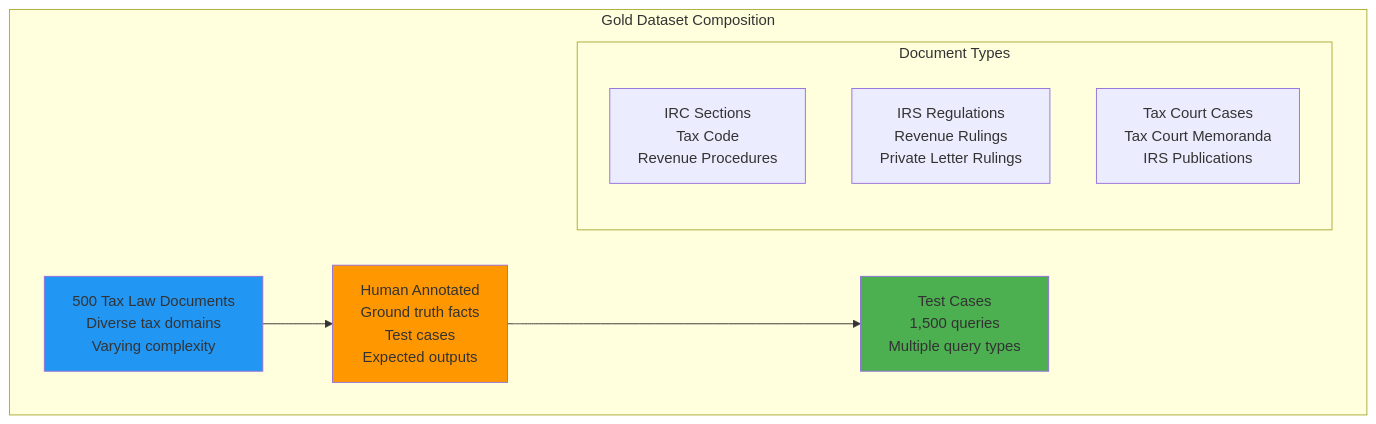
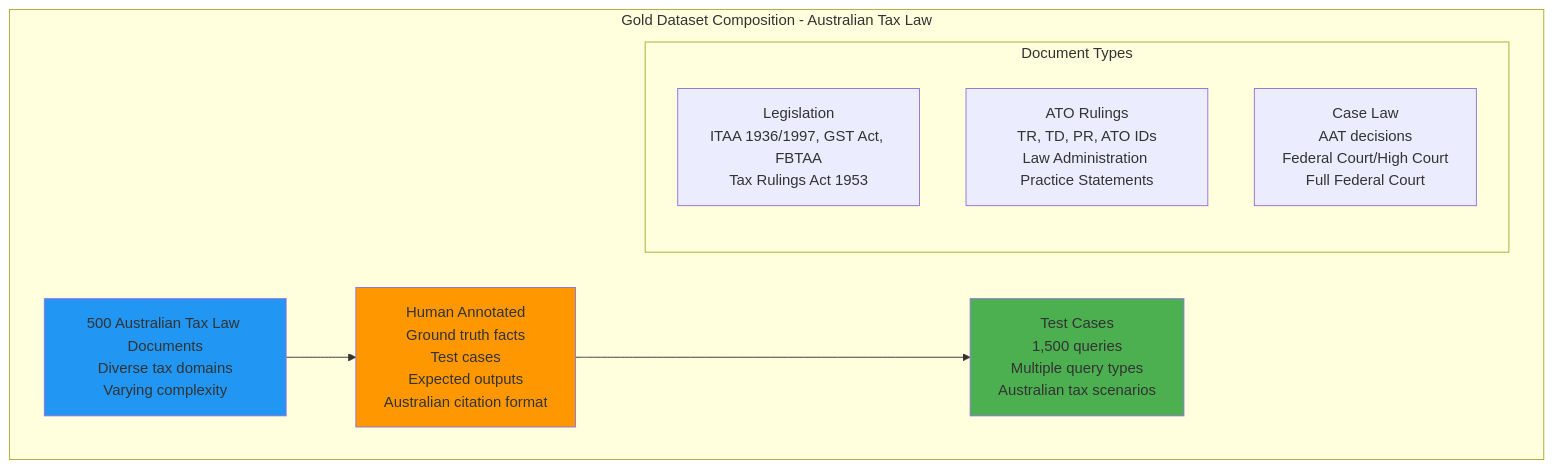
One commit to anguyenbus/case_chat changed the second of 9 diagrams in case_assistant/system_design/05-evaluation-strategy.md. Above: the diagram before and after it, drawn with Mermaid. The commit also changed other lines of this file, not shown here.

````diff
--- a/case_assistant/system_design/05-evaluation-strategy.md
+++ b/case_assistant/system_design/05-evaluation-strategy.md
@@ -53,23 +81,23 @@
 ```mermaid
 graph TB
-    subgraph "Gold Dataset Composition"
-        DOCS[500 Tax Law Documents<br>Diverse tax domains<br>Varying complexity]
+    subgraph "Gold Dataset Composition - Australian Tax Law"
+        DOCS[500 Australian Tax Law Documents<br/>Diverse tax domains<br/>Varying complexity]
 
         subgraph "Document Types"
-            CONT[IRC Sections<br>Tax Code<br>Revenue Procedures]
-            EVID[IRS Regulations<br>Revenue Rulings<br>Private Letter Rulings]
-            LEGAL[Tax Court Cases<br>Tax Court Memoranda<br>IRS Publications]
+            LEG[Legislation<br/>ITAA 1936/1997, GST Act, FBTAA<br/>Tax Rulings Act 1953]
+            ATO[ATO Rulings<br/>TR, TD, PR, ATO IDs<br/>Law Administration Practice Statements]
+            CASE[Case Law<br/>AAT decisions<br/>Federal Court/High Court<br/>Full Federal Court]
         end
 
-        ANNOT[Human Annotated<br>Ground truth facts<br>Test cases<br>Expected outputs]
+        ANNOT[Human Annotated<br/>Ground truth facts<br/>Test cases<br/>Expected outputs<br/>Australian citation format]
 
-        TEST[Test Cases<br>1,500 queries<br>Multiple query types]
+        TEST[Test Cases<br/>1,500 queries<br/>Multiple query types<br/>Australian tax scenarios]
     end
 
     DOCS --> ANNOT
     ANNOT --> TEST
 
     style DOCS fill:#2196F3
     style ANNOT fill:#FF9800
     style TEST fill:#4CAF50
 ```
````
